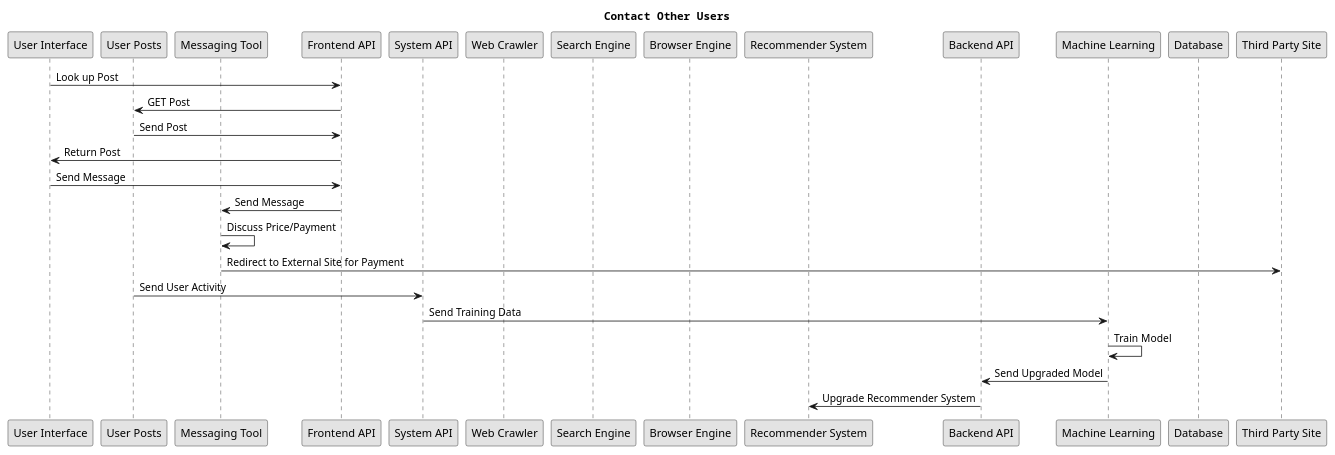
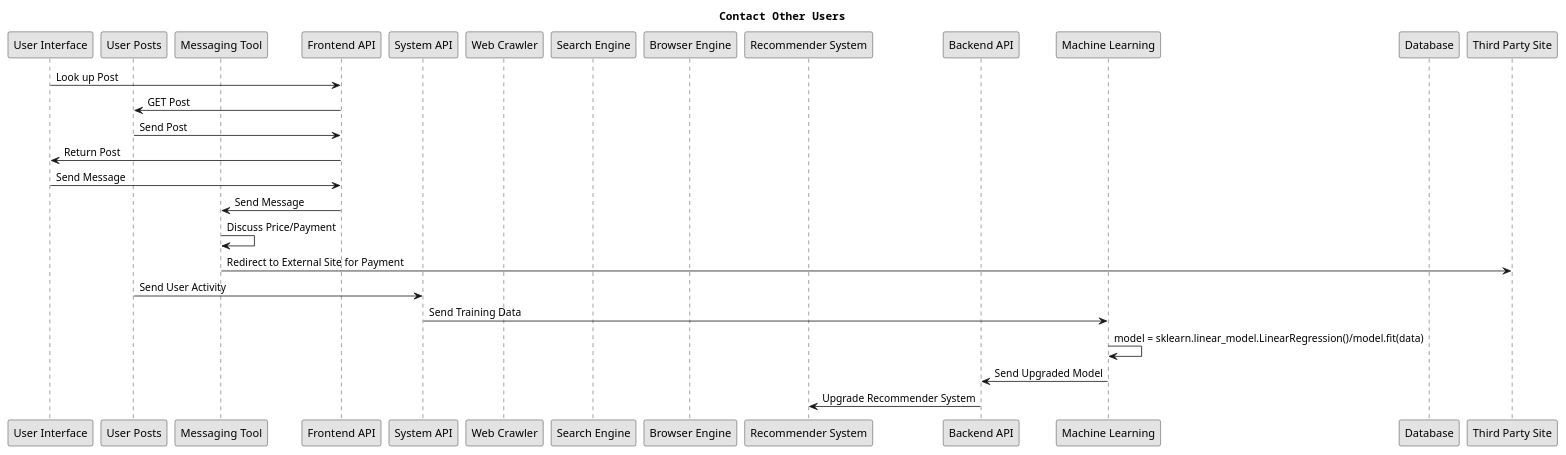
Before and after one commit to USI-MSDE-SA-2022/software-architecture-model-tommi27: diagram 20 of 20 in src/sa/model/index.md, drawn with PlantUML. The commit also changed other lines of this file, not shown here.

````diff
--- a/src/sa/model/index.md
+++ b/src/sa/model/index.md
@@ -1100,41 +1100,41 @@
 ```puml
 @startuml
 title Contact Other Users
 
 participant "User Interface" as UI
 participant "User Posts" as UP
 participant "Messaging Tool" as MT
 participant "Frontend API" as FRAPI
 
 participant "System API" as API
 
 participant "Web Crawler" as WC
 participant "Search Engine" as SE
 participant "Browser Engine" as BE
 participant "Recommender System" as RS
 participant "Backend API" as BAPI
 participant "Machine Learning" as ML
 participant "Database" as DB
 
 participant "Third Party Site" as TPS
 
 UI -> FRAPI: Look up Post
 FRAPI -> UP: GET Post
 UP -> FRAPI: Send Post
 FRAPI -> UI: Return Post
 UI -> FRAPI: Send Message
 FRAPI -> MT: Send Message
 MT -> MT: Discuss Price/Payment
 MT -> TPS: Redirect to External Site for Payment
 UP -> API: Send User Activity
 API -> ML: Send Training Data
-ML -> ML: Train Model
+ML -> ML: model = sklearn.linear_model.LinearRegression()/model.fit(data)
 ML -> BAPI: Send Upgraded Model
 BAPI -> RS: Upgrade Recommender System 
 
 
 skinparam monochrome true
 skinparam shadowing false
 skinparam defaultFontName Courier
 @enduml
 ```
````
